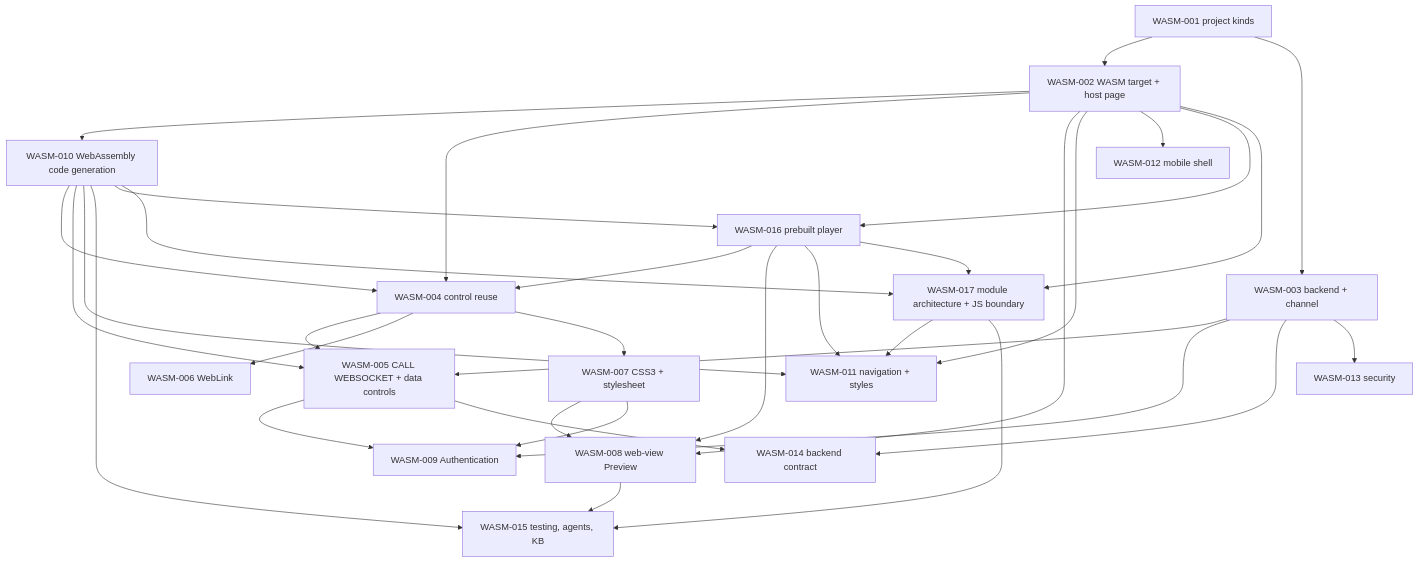
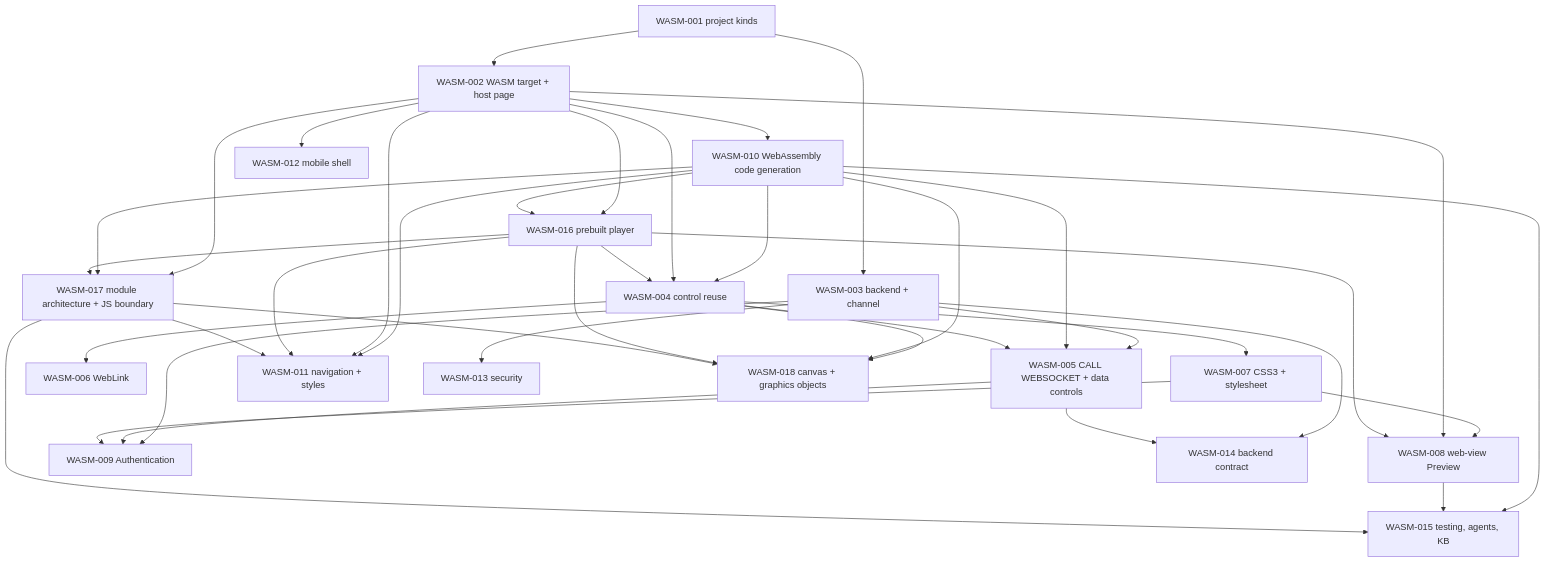
The second of 2 diagrams in specs/WASM-INDEX.md (CloudLandBeta/PowerRustCOBOL), drawn with Mermaid before and after one commit. The commit also changed other lines of this file and 11 other files, not shown here.

First line of the commit message:
Specs: decisions of 2026-10-20 recorded (one module, threads in, multi-memory default) and WASM-018 canvas and graphics objects (2.0.10)

````diff
--- a/specs/WASM-INDEX.md
+++ b/specs/WASM-INDEX.md
@@ -77,36 +77,40 @@
 ```mermaid
 flowchart TD
   W1["WASM-001 project kinds"] --> W2["WASM-002 WASM target + host page"]
   W1 --> W3["WASM-003 backend + channel"]
   W2 --> W10["WASM-010 WebAssembly code generation"]
   W10 --> W4["WASM-004 control reuse"]
   W2 --> W4
   W3 --> W5["WASM-005 CALL WEBSOCKET + data controls"]
   W10 --> W5
   W4 --> W5
   W4 --> W6["WASM-006 WebLink"]
   W4 --> W7["WASM-007 CSS3 + stylesheet"]
   W7 --> W8["WASM-008 web-view Preview"]
   W2 --> W8
   W3 --> W9["WASM-009 Authentication"]
   W5 --> W9
   W7 --> W9
   W10 --> W11["WASM-011 navigation + styles"]
   W2 --> W11
   W2 --> W12["WASM-012 mobile shell"]
   W3 --> W14["WASM-014 backend contract"]
   W5 --> W14
   W3 --> W13["WASM-013 security"]
   W10 --> W15["WASM-015 testing, agents, KB"]
   W8 --> W15
   W2 --> W16["WASM-016 prebuilt player"]
   W10 --> W16
   W16 --> W4
   W16 --> W8
   W16 --> W11
   W2 --> W17["WASM-017 module architecture + JS boundary"]
   W10 --> W17
   W16 --> W17
   W17 --> W11
   W17 --> W15
+  W4 --> W18["WASM-018 canvas + graphics objects"]
+  W10 --> W18
+  W16 --> W18
+  W17 --> W18
 ```
````
